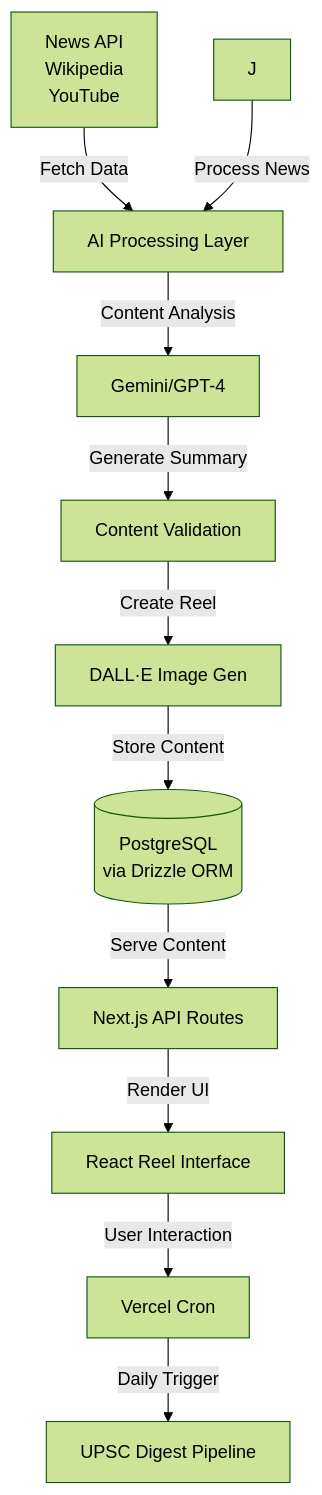
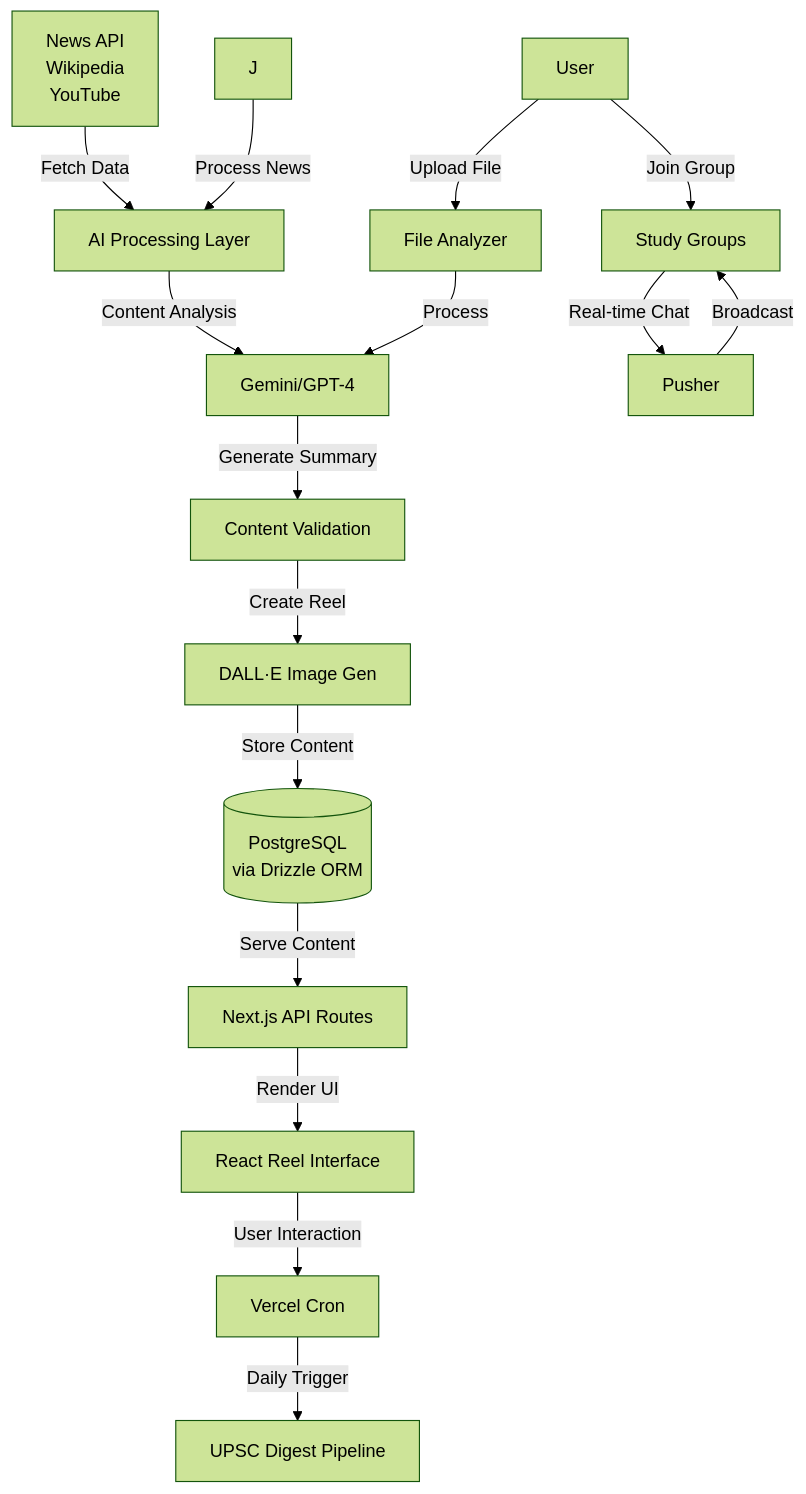
One commit to goyalmicheal-oss/Etrant changed the first of 2 diagrams in readme.md. Above: the diagram before and after it, drawn with Mermaid (forest theme). The commit also changed other lines of this file and 5 other files, not shown here.

````diff
--- a/readme.md
+++ b/readme.md
@@ -111,14 +131,21 @@
 ```mermaid
 flowchart TD
     A[News API<br/>Wikipedia<br/>YouTube] -->|Fetch Data| B[AI Processing Layer]
     B -->|Content Analysis| C[Gemini/GPT-4]
     C -->|Generate Summary| D[Content Validation]
     D -->|Create Reel| E[DALL·E Image Gen]
     E -->|Store Content| F[(PostgreSQL<br/>via Drizzle ORM)]
     F -->|Serve Content| G[Next.js API Routes]
     G -->|Render UI| H[React Reel Interface]
     H -->|User Interaction| I[Progress Tracking]
+    
+    U[User] -->|Upload File| FA[File Analyzer]
+    FA -->|Process| C
+    
+    U -->|Join Group| SG[Study Groups]
+    SG -->|Real-time Chat| P[Pusher]
+    P -->|Broadcast| SG
 
     I[Vercel Cron] -->|Daily Trigger| L[UPSC Digest Pipeline]
     J -->|Process News| B
 ```
````
